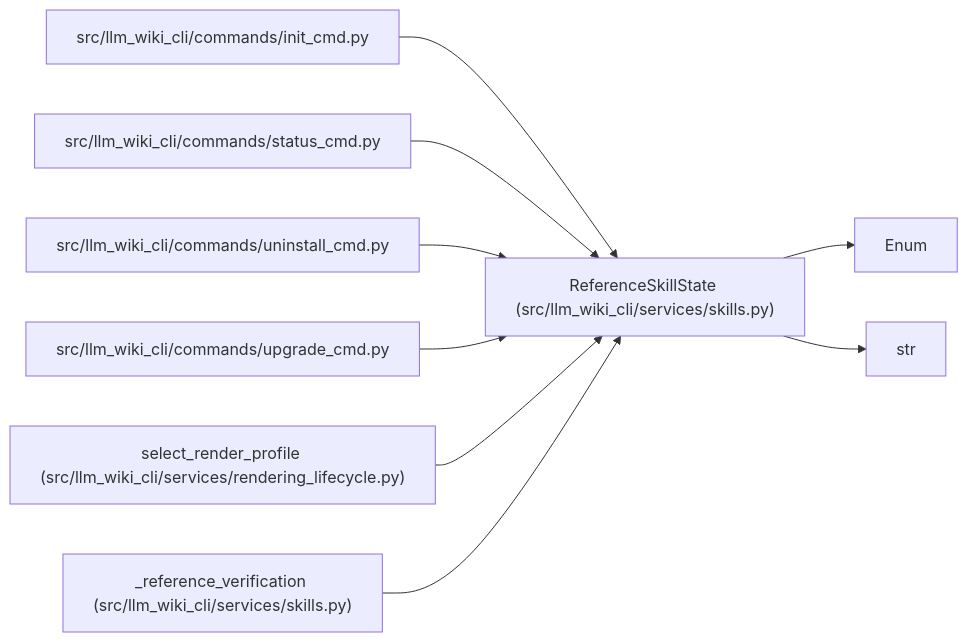
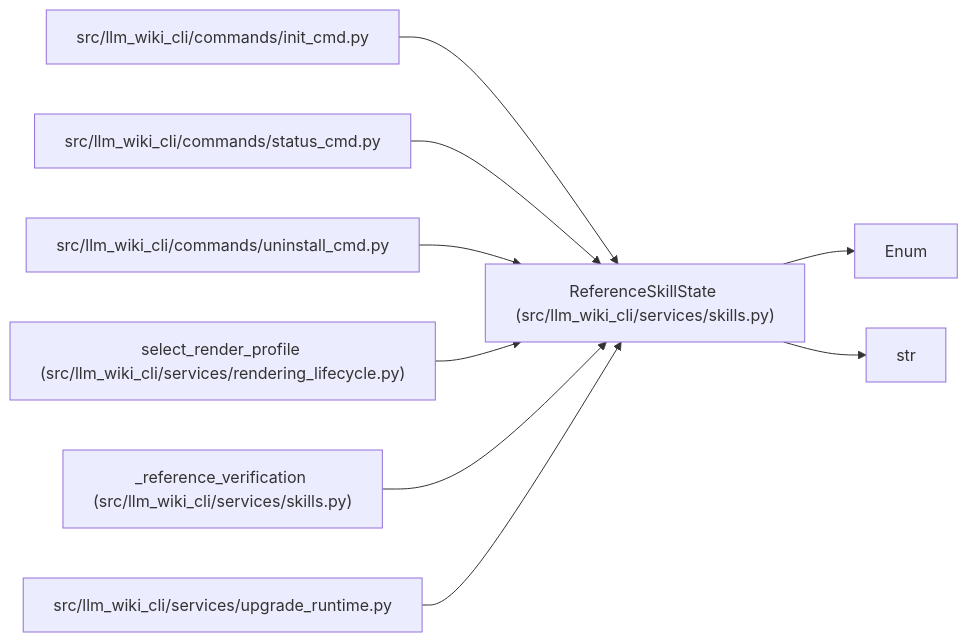
The diagram in docs/llm_wiki/entities/ReferenceSkillState.md (Denissvgn/python-wiki-llm), drawn with Mermaid before and after one commit. The commit also changed other lines of this file and 1555 other files, not shown here.

````diff
--- a/docs/llm_wiki/entities/ReferenceSkillState.md
+++ b/docs/llm_wiki/entities/ReferenceSkillState.md
@@ -30,27 +30,27 @@
 ```mermaid
 flowchart LR
     n0["ReferenceSkillState (src/llm_wiki_cli/services/skills.py)"]
     n1["Enum"]
     n2["str"]
     n3["src/llm_wiki_cli/commands/init_cmd.py"]
     n4["src/llm_wiki_cli/commands/status_cmd.py"]
     n5["src/llm_wiki_cli/commands/uninstall_cmd.py"]
-    n6["src/llm_wiki_cli/commands/upgrade_cmd.py"]
-    n7["select_render_profile (src/llm_wiki_cli/services/rendering_lifecycle.py)"]
-    n8["_reference_verification (src/llm_wiki_cli/services/skills.py)"]
+    n6["select_render_profile (src/llm_wiki_cli/services/rendering_lifecycle.py)"]
+    n7["_reference_verification (src/llm_wiki_cli/services/skills.py)"]
+    n8["src/llm_wiki_cli/services/upgrade_runtime.py"]
     n0 --> n1
     n0 --> n2
     n3 --> n0
     n4 --> n0
     n5 --> n0
     n6 --> n0
     n7 --> n0
     n8 --> n0
     click n0 "../modules/skills.md"
     click n3 "../modules/init_cmd.md"
     click n4 "../modules/status_cmd.md"
     click n5 "../modules/uninstall_cmd.md"
-    click n6 "../modules/upgrade_cmd.md"
-    click n7 "../modules/rendering_lifecycle.md"
-    click n8 "../modules/skills.md"
+    click n6 "../modules/rendering_lifecycle.md"
+    click n7 "../modules/skills.md"
+    click n8 "../modules/upgrade_runtime.md"
 ```
````
